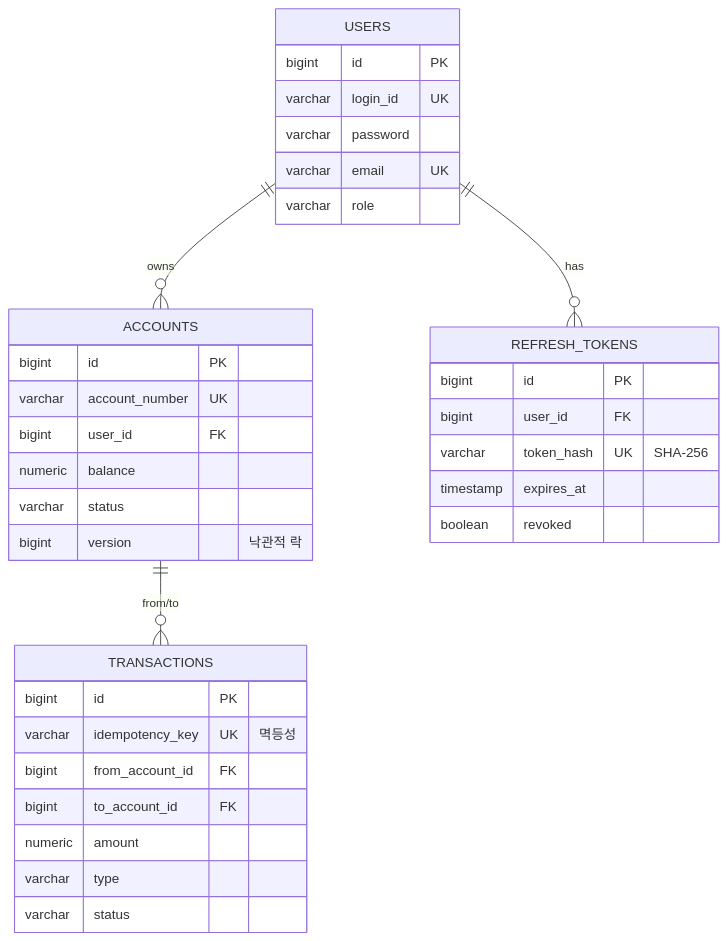
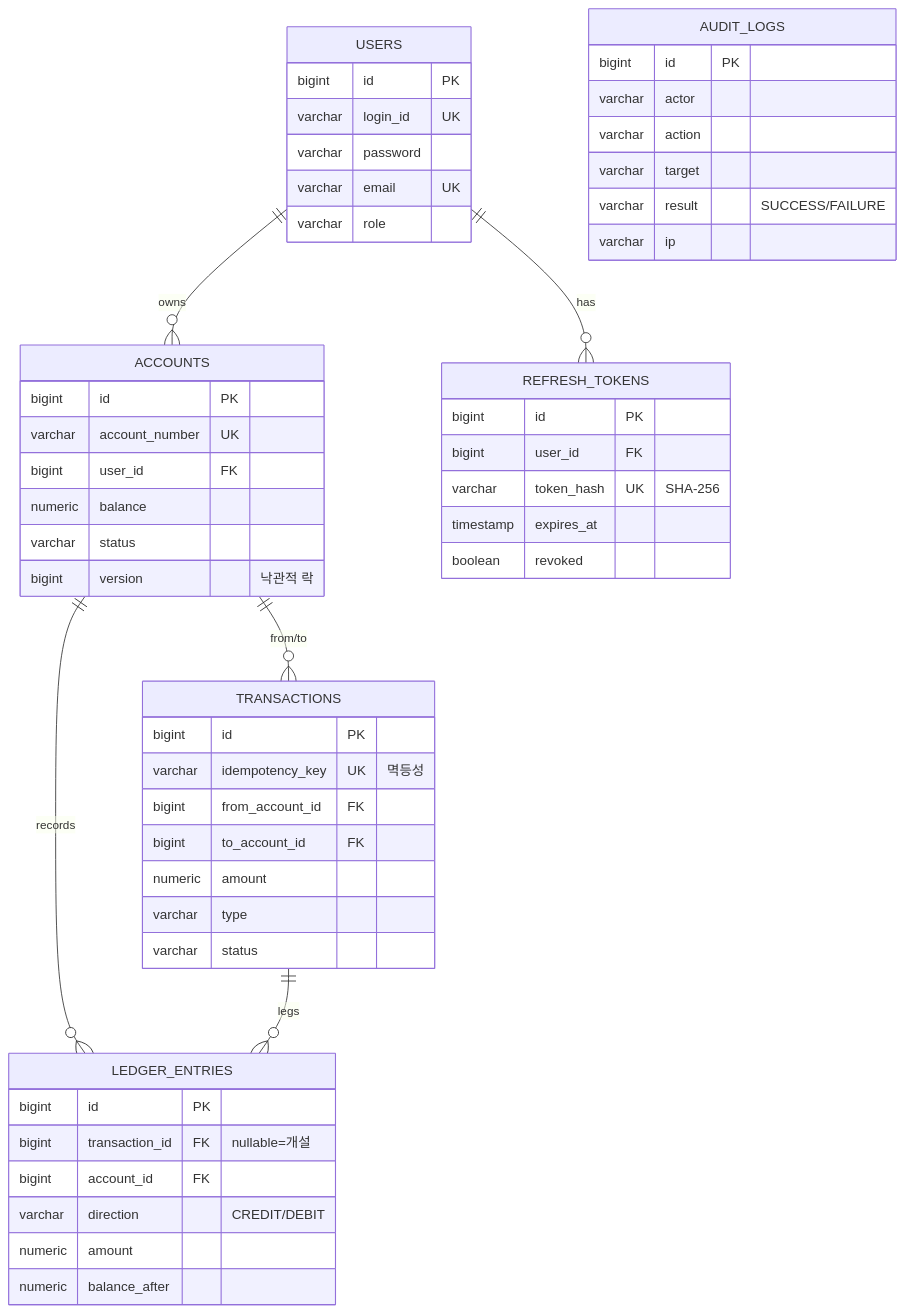
The second of 3 diagrams in README.md (dncks04/ibank_project), drawn with Mermaid before and after one commit. The commit also changed other lines of this file and 20 other files, not shown here.

````diff
--- a/README.md
+++ b/README.md
@@ -73,38 +75,56 @@
 ```mermaid
 erDiagram
     USERS ||--o{ ACCOUNTS : owns
     USERS ||--o{ REFRESH_TOKENS : has
     ACCOUNTS ||--o{ TRANSACTIONS : "from/to"
+    ACCOUNTS ||--o{ LEDGER_ENTRIES : records
+    TRANSACTIONS ||--o{ LEDGER_ENTRIES : "legs"
 
     USERS {
         bigint id PK
         varchar login_id UK
         varchar password
         varchar email UK
         varchar role
     }
     ACCOUNTS {
         bigint id PK
         varchar account_number UK
         bigint user_id FK
         numeric balance
         varchar status
         bigint version "낙관적 락"
     }
     TRANSACTIONS {
         bigint id PK
         varchar idempotency_key UK "멱등성"
         bigint from_account_id FK
         bigint to_account_id FK
         numeric amount
         varchar type
         varchar status
     }
     REFRESH_TOKENS {
         bigint id PK
         bigint user_id FK
         varchar token_hash UK "SHA-256"
         timestamp expires_at
         boolean revoked
     }
+    LEDGER_ENTRIES {
+        bigint id PK
+        bigint transaction_id FK "nullable=개설"
+        bigint account_id FK
+        varchar direction "CREDIT/DEBIT"
+        numeric amount
+        numeric balance_after
+    }
+    AUDIT_LOGS {
+        bigint id PK
+        varchar actor
+        varchar action
+        varchar target
+        varchar result "SUCCESS/FAILURE"
+        varchar ip
+    }
 ```
````
